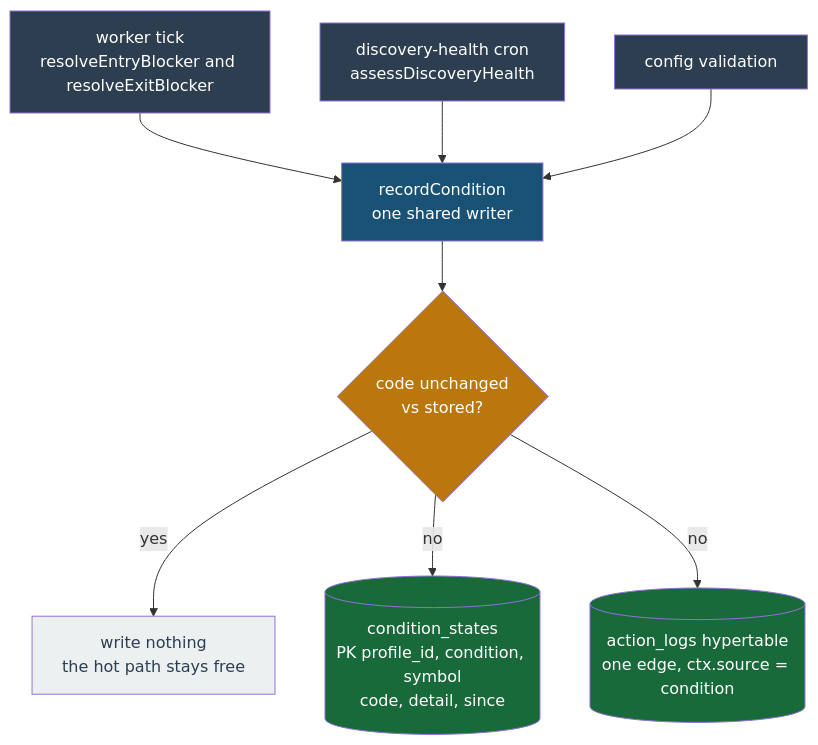
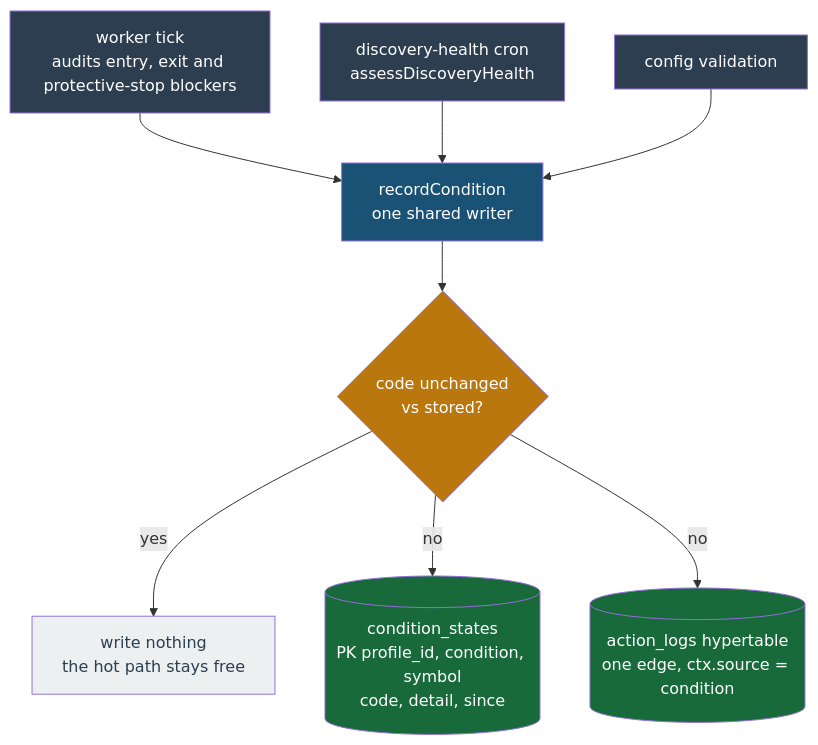
The diagram in docs/architecture/observability-conditions.md (chrisleekr/binance-trading-bot), drawn with Mermaid before and after one commit. The commit also changed other lines of this file and 37 other files, not shown here.

Commit message:
fix(worker,contracts): alert when a protective stop never reaches the exchange (#740)

````diff
--- a/docs/architecture/observability-conditions.md
+++ b/docs/architecture/observability-conditions.md
@@ -17,23 +17,23 @@
 ```mermaid
 flowchart TD
-  TICK["worker tick<br/>resolveEntryBlocker and resolveExitBlocker"]:::src
+  TICK["worker tick<br/>audits entry, exit and protective-stop blockers"]:::src
   DISC["discovery-health cron<br/>assessDiscoveryHealth"]:::src
   CFGV["config validation"]:::src
   RECC["recordCondition<br/>one shared writer"]:::core
   SAME{"code unchanged<br/>vs stored?"}:::gate
   NOOP["write nothing<br/>the hot path stays free"]:::skip
   CSTATE[("condition_states<br/>PK profile_id, condition, symbol<br/>code, detail, since")]:::store
   ALOG[("action_logs hypertable<br/>one edge, ctx.source = condition")]:::store
   TICK --> RECC
   DISC --> RECC
   CFGV --> RECC
   RECC --> SAME
   SAME -->|yes| NOOP
   SAME -->|no| CSTATE
   SAME -->|no| ALOG
   classDef src fill:#2c3e50,color:#ffffff
   classDef core fill:#1a5276,color:#ffffff
   classDef gate fill:#b9770e,color:#ffffff
   classDef skip fill:#ecf0f1,color:#2c3e50
   classDef store fill:#186a3b,color:#ffffff
 ```
````
